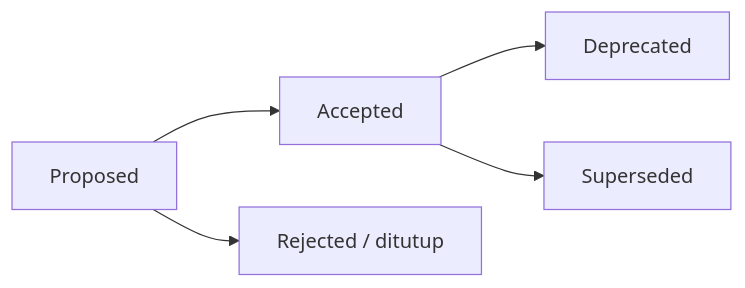
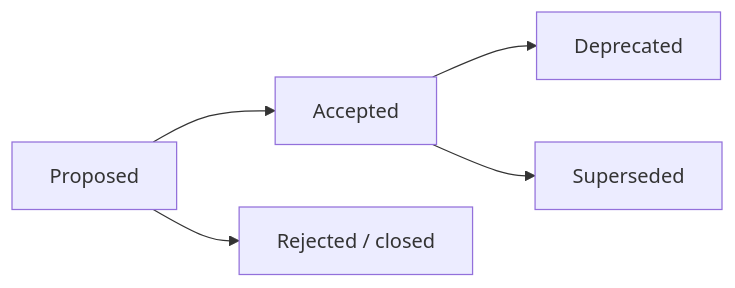
The diagram in docs/adr/README.md (ahliweb/awcms), drawn with Mermaid before and after one commit. The commit also changed other lines of this file and 13 other files, not shown here.

````diff
--- a/docs/adr/README.md
+++ b/docs/adr/README.md
@@ -21,7 +25,7 @@
 ```mermaid
 flowchart LR
   P[Proposed] --> A[Accepted]
   A --> D[Deprecated]
   A --> S[Superseded]
-  P --> R[Rejected / ditutup]
+  P --> R[Rejected / closed]
 ```
````
